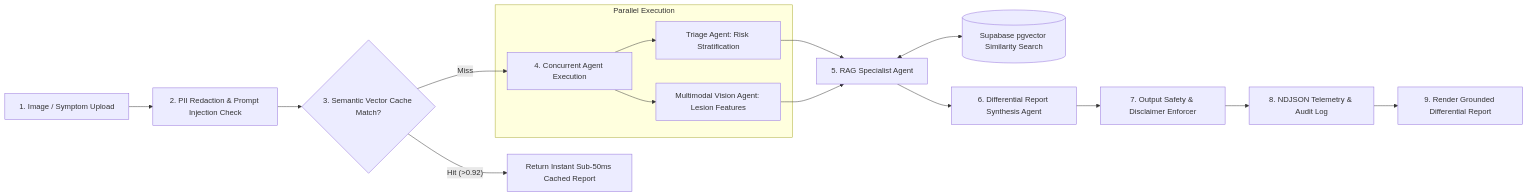
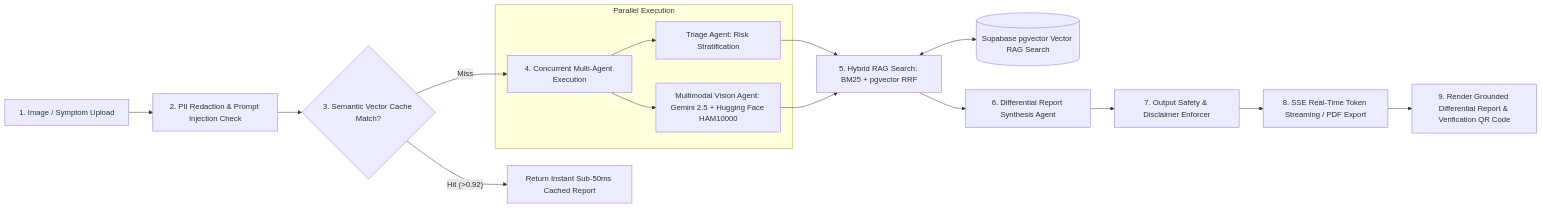
Before and after one commit to salman-momin08/dermiassist: the second of 12 diagrams in README.md, drawn with Mermaid. The commit also changed other lines of this file and 2 other files, not shown here.

Commit message:
feat: update Project Details page (https://dermiassist.live/project-details) and README with full polyglot architecture, Hugging Face models, and system design features

````diff
--- a/README.md
+++ b/README.md
@@ -140,23 +148,23 @@
 ```mermaid
 graph LR
     Upload[1. Image / Symptom Upload] --> InputGuard[2. PII Redaction & Prompt Injection Check]
     InputGuard --> CacheCheck{3. Semantic Vector Cache Match?}
     
     CacheCheck -- Hit (>0.92) --> Sub50ms[Return Instant Sub-50ms Cached Report]
-    CacheCheck -- Miss --> ParallelExecution[4. Concurrent Agent Execution]
+    CacheCheck -- Miss --> ParallelExecution[4. Concurrent Multi-Agent Execution]
     
     subgraph Parallel Execution
         ParallelExecution --> Triage[Triage Agent: Risk Stratification]
-        ParallelExecution --> Vision[Multimodal Vision Agent: Lesion Features]
+        ParallelExecution --> Vision[Multimodal Vision Agent: Gemini 2.5 + Hugging Face HAM10000]
     end
     
-    Triage --> RAG[5. RAG Specialist Agent]
-    Vision --> RAG
+    Triage --> HybridRAG[5. Hybrid RAG Search: BM25 + pgvector RRF]
+    Vision --> HybridRAG
     
-    RAG <--> pgvector[(Supabase pgvector Similarity Search)]
+    HybridRAG <--> SupabaseDB[(Supabase pgvector Vector RAG Search)]
     
-    RAG --> Synthesis[6. Differential Report Synthesis Agent]
+    HybridRAG --> Synthesis[6. Differential Report Synthesis Agent]
     Synthesis --> OutputGuard[7. Output Safety & Disclaimer Enforcer]
-    OutputGuard --> Telemetry[8. NDJSON Telemetry & Audit Log]
-    Telemetry --> UI[9. Render Grounded Differential Report]
+    OutputGuard --> StreamResponse[8. SSE Real-Time Token Streaming / PDF Export]
+    StreamResponse --> UI[9. Render Grounded Differential Report & Verification QR Code]
 ```
````
